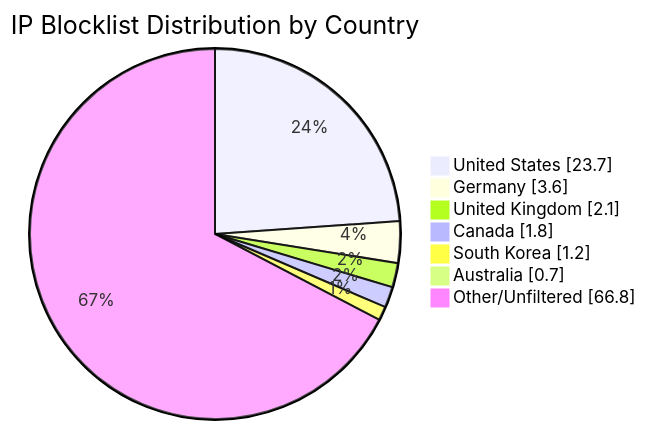
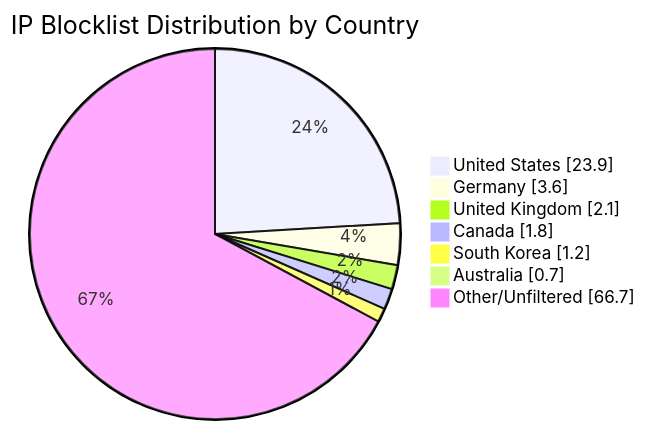
Before and after one commit to MarcusHoltz/ipblocklist-geofiltered-aggregator: the diagram in README.md, drawn with Mermaid. The commit also changed other lines of this file and 9 other files, not shown here.

````diff
--- a/README.md
+++ b/README.md
@@ -34,10 +34,10 @@
 ```mermaid
 pie showData title IP Blocklist Distribution by Country
-"United States" : 23.7
+"United States" : 23.9
 "Germany" : 3.6
 "United Kingdom" : 2.1
 "Canada" : 1.8
 "South Korea" : 1.2
 "Australia" : 0.7
-"Other/Unfiltered" : 66.8
+"Other/Unfiltered" : 66.7
 ```
````
